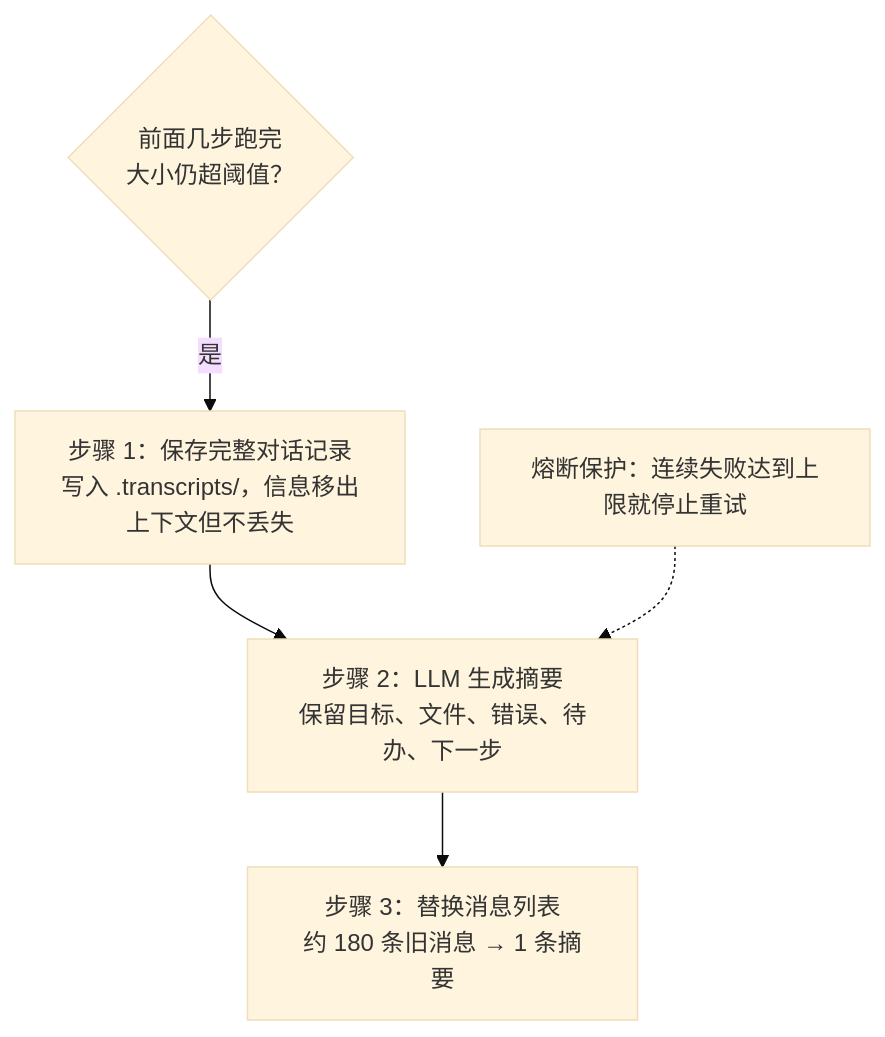
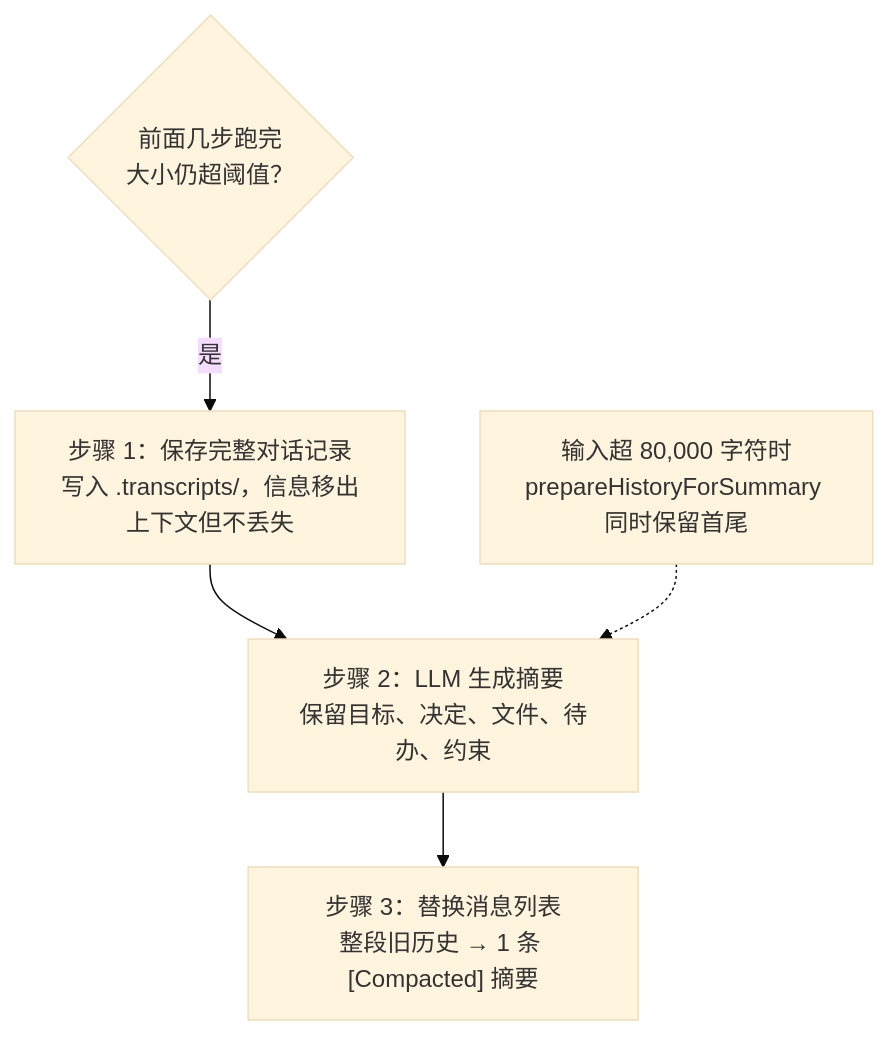
The fifth of 5 diagrams in code-agent-course/s08-context-compact.md (shengxinjing/build-your-agent), drawn with Mermaid (base theme) before and after one commit. The commit also changed other lines of this file and 13 other files, not shown here.

````diff
--- a/code-agent-course/s08-context-compact.md
+++ b/code-agent-course/s08-context-compact.md
@@ -84,7 +101,7 @@
 ```mermaid
 flowchart TD
   T{"前面几步跑完<br/>大小仍超阈值？"} -->|是| S1
-  S1["步骤 1：保存完整对话记录<br/>写入 .transcripts/，信息移出上下文但不丢失"] --> S2["步骤 2：LLM 生成摘要<br/>保留目标、文件、错误、待办、下一步"]
-  S2 --> S3["步骤 3：替换消息列表<br/>约 180 条旧消息 → 1 条摘要"]
-  FUSE["熔断保护：连续失败达到上限就停止重试"] -.-> S2
+  S1["步骤 1：保存完整对话记录<br/>写入 .transcripts/，信息移出上下文但不丢失"] --> S2["步骤 2：LLM 生成摘要<br/>保留目标、决定、文件、待办、约束"]
+  S2 --> S3["步骤 3：替换消息列表<br/>整段旧历史 → 1 条 [Compacted] 摘要"]
+  NOTE2["输入超 80,000 字符时<br/>prepareHistoryForSummary 同时保留首尾"] -.-> S2
 ```
````
